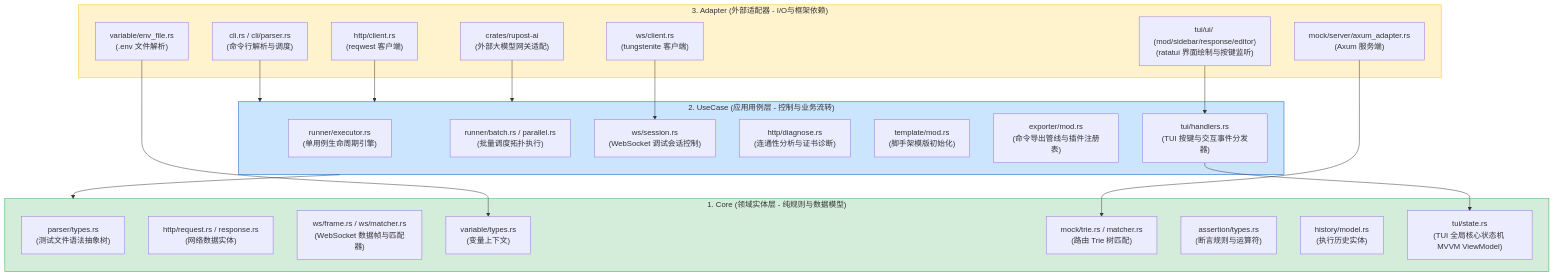
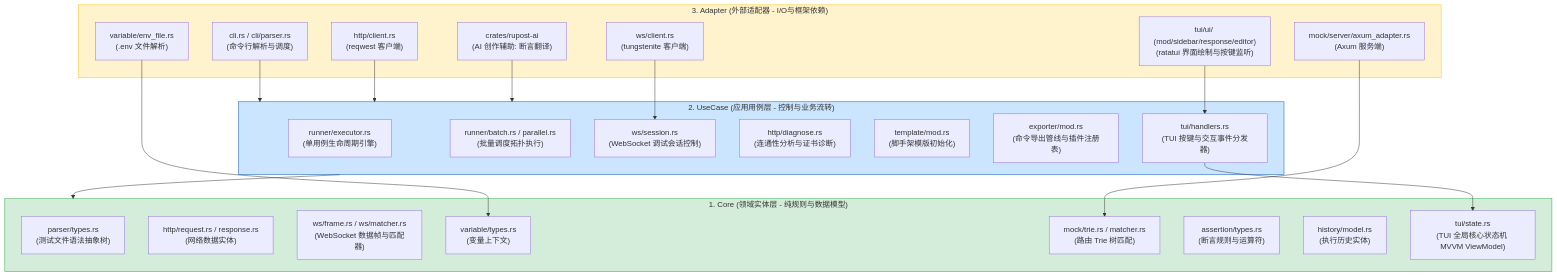
One commit to zseyen/rupost changed the diagram in doc/architecture/directory_structure.md. Above: the diagram before and after it, drawn with Mermaid. The commit also changed other lines of this file and 26 other files, not shown here.

````diff
--- a/doc/architecture/directory_structure.md
+++ b/doc/architecture/directory_structure.md
@@ -27,49 +27,49 @@
 ```mermaid
 graph TD
     subgraph Adapter ["3. Adapter (外部适配器 - I/O与框架依赖)"]
         CLI["cli.rs / cli/parser.rs<br>(命令行解析与调度)"]
         HttpAdapter["http/client.rs<br>(reqwest 客户端)"]
         WSAdapter["ws/client.rs<br>(tungstenite 客户端)"]
         MockServer["mock/server/axum_adapter.rs<br>(Axum 服务端)"]
         EnvParser["variable/env_file.rs<br>(.env 文件解析)"]
         TUIView["tui/ui/ (mod/sidebar/response/editor)<br>(ratatui 界面绘制与按键监听)"]
-        RupostAiCrate["crates/rupost-ai<br>(外部大模型网关适配)"]
+        RupostAiCrate["crates/rupost-ai<br>(AI 创作辅助: 断言翻译)"]
     end
 
     subgraph UseCase ["2. UseCase (应用用例层 - 控制与业务流转)"]
         Executor["runner/executor.rs<br>(单用例生命周期引擎)"]
         Batch["runner/batch.rs / parallel.rs<br>(批量调度拓扑执行)"]
         WSSession["ws/session.rs<br>(WebSocket 调试会话控制)"]
         DiagnoseUseCase["http/diagnose.rs<br>(连通性分析与证书诊断)"]
         TemplateInit["template/mod.rs<br>(脚手架模版初始化)"]
         ExportUseCase["exporter/mod.rs<br>(命令导出管线与插件注册表)"]
         TUIHandlers["tui/handlers.rs<br>(TUI 按键与交互事件分发器)"]
     end
 
     subgraph Core ["1. Core (领域实体层 - 纯规则与数据模型)"]
         AST["parser/types.rs<br>(测试文件语法抽象树)"]
         HttpModel["http/request.rs / response.rs<br>(网络数据实体)"]
         WSModel["ws/frame.rs / ws/matcher.rs<br>(WebSocket 数据帧与匹配器)"]
         VarCtx["variable/types.rs<br>(变量上下文)"]
         Trie["mock/trie.rs / matcher.rs<br>(路由 Trie 树匹配)"]
         AssertTypes["assertion/types.rs<br>(断言规则与运算符)"]
         HistoryModel["history/model.rs<br>(执行历史实体)"]
         TUIState["tui/state.rs<br>(TUI 全局核心状态机 MVVM ViewModel)"]
     end
 
     %% Dependencies (Outwards to Inwards)
     CLI --> UseCase
     HttpAdapter --> UseCase
     WSAdapter --> WSSession
     MockServer --> Trie
     EnvParser --> VarCtx
     TUIView --> TUIHandlers
     TUIHandlers --> TUIState
     RupostAiCrate --> UseCase
 
     UseCase --> Core
     
     style Core fill:#d4edda,stroke:#28a745,stroke-width:1px
     style UseCase fill:#cce5ff,stroke:#0056b3,stroke-width:1px
     style Adapter fill:#fff3cd,stroke:#ffc107,stroke-width:1px
 ```
````
